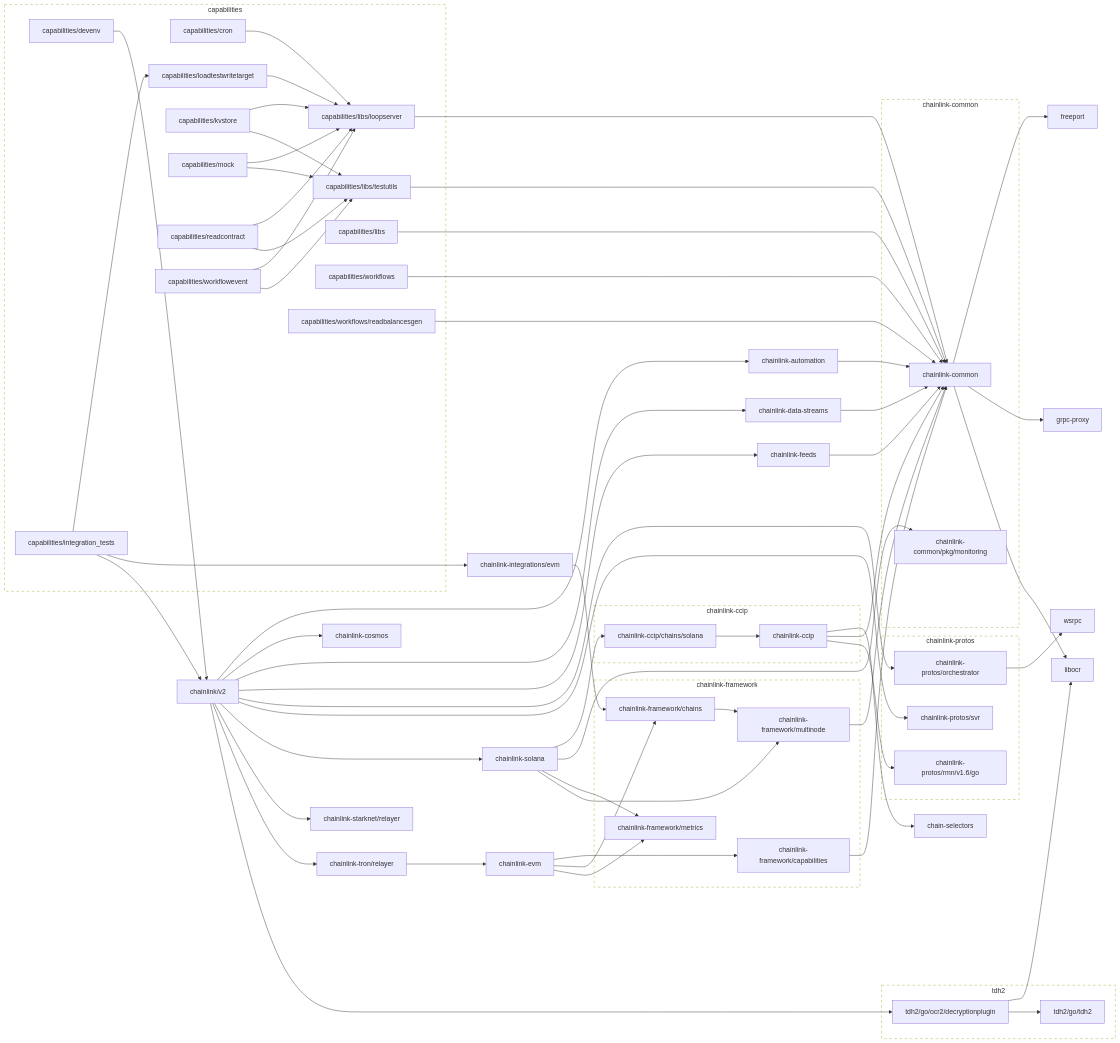
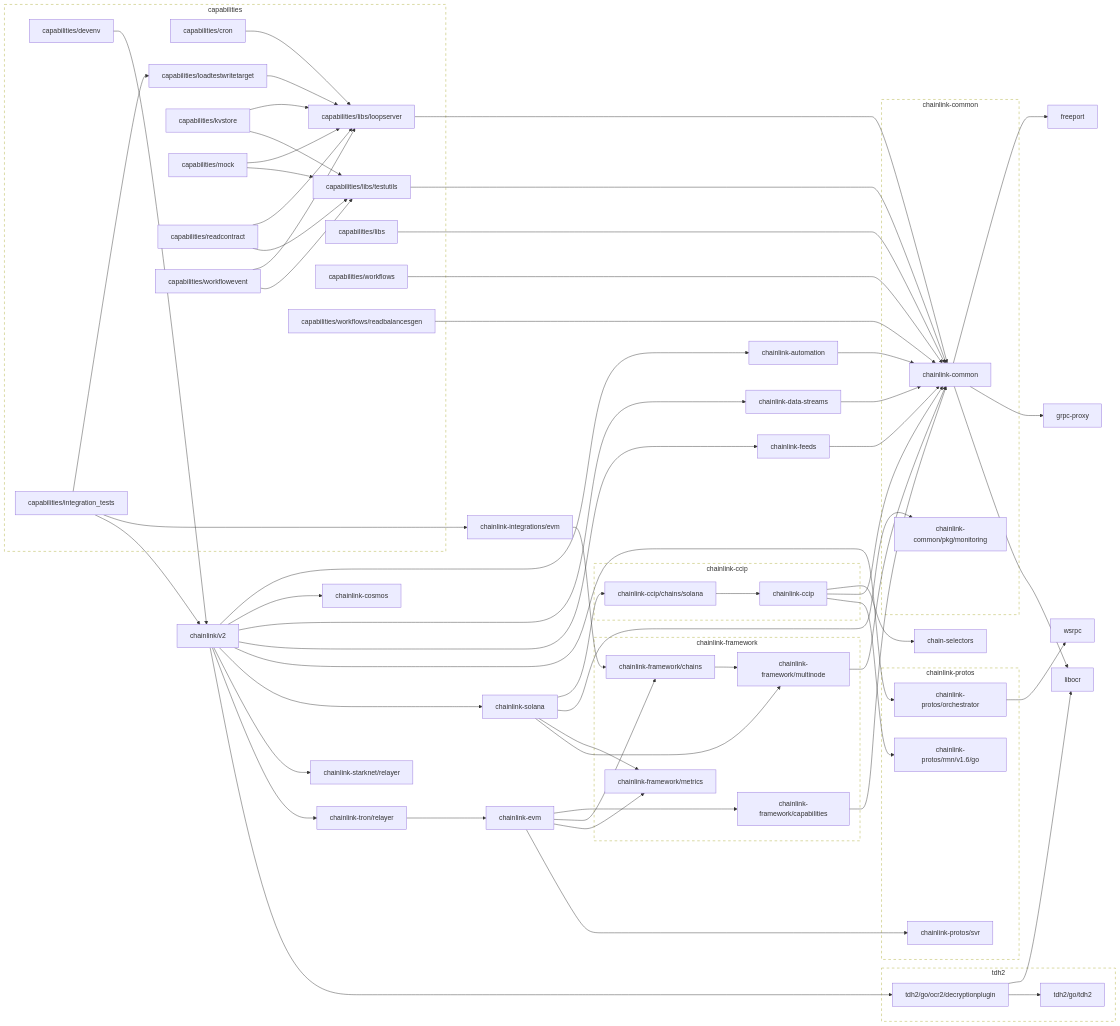
The diagram in go.md (smartcontractkit/capabilities), drawn with Mermaid before and after one commit. The commit also changed 2 other files, not shown here.

Commit message:
core bump

```diff
--- a/go.md
+++ b/go.md
@@ -57,6 +57,7 @@
 	chainlink-evm --> chainlink-framework/capabilities
 	chainlink-evm --> chainlink-framework/chains
 	chainlink-evm --> chainlink-framework/metrics
+	chainlink-evm --> chainlink-protos/svr
 	click chainlink-evm href "https://github.com/smartcontractkit/chainlink-evm"
 	chainlink-feeds --> chainlink-common
 	click chainlink-feeds href "https://github.com/smartcontractkit/chainlink-feeds"
@@ -90,7 +91,6 @@
 	chainlink/v2 --> chainlink-data-streams
 	chainlink/v2 --> chainlink-feeds
 	chainlink/v2 --> chainlink-protos/orchestrator
-	chainlink/v2 --> chainlink-protos/svr
 	chainlink/v2 --> chainlink-solana
 	chainlink/v2 --> chainlink-starknet/relayer
 	chainlink/v2 --> chainlink-tron/relayer
```
